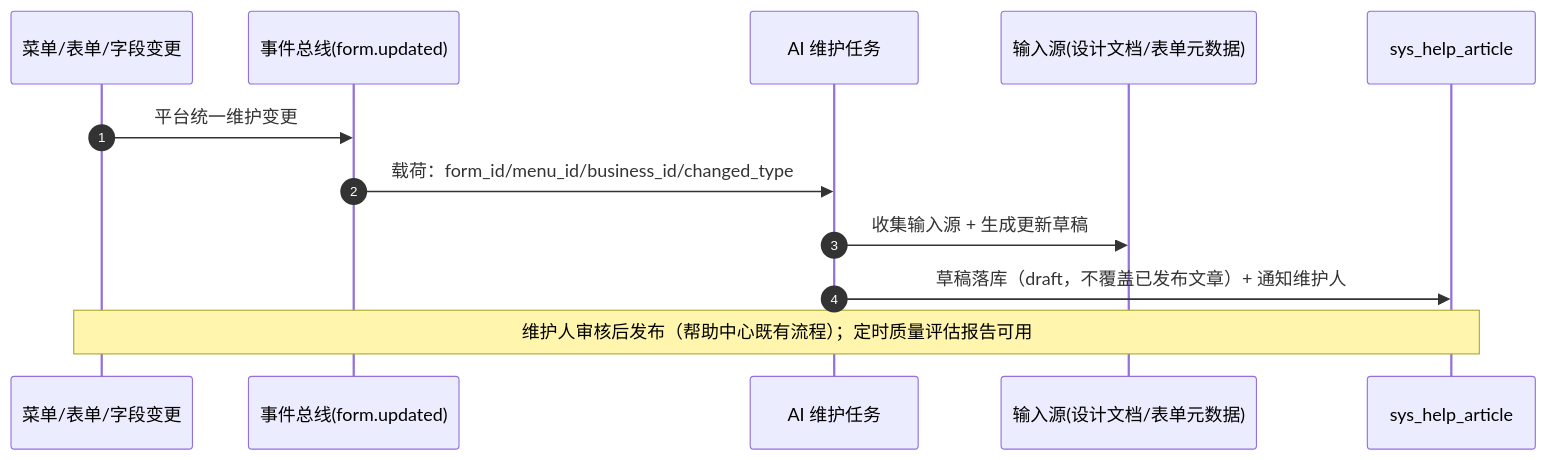
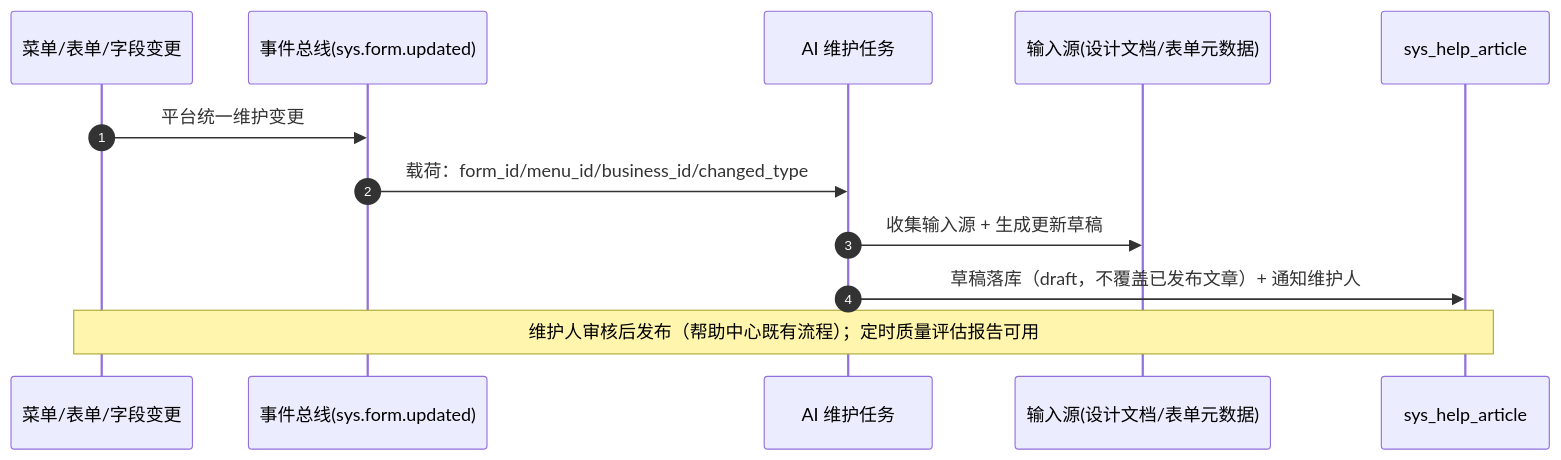
One commit to minjian123/basic-management-system changed the fourth of 4 diagrams in bms文档/设计/概要设计/34_概要设计_AI能力.md. Above: the diagram before and after it, drawn with Mermaid. The commit also changed other lines of this file and 28 other files, not shown here.

````diff
--- a/bms文档/设计/概要设计/34_概要设计_AI能力.md
+++ b/bms文档/设计/概要设计/34_概要设计_AI能力.md
@@ -160,15 +160,15 @@
 ```mermaid
 sequenceDiagram
     autonumber
     participant 变更 as 菜单/表单/字段变更
-    participant 总线 as 事件总线(form.updated)
+    participant 总线 as 事件总线(sys.form.updated)
     participant 维护 as AI 维护任务
     participant 输入 as 输入源(设计文档/表单元数据)
     participant 文章 as sys_help_article
 
     变更->>总线: 平台统一维护变更
     总线->>维护: 载荷：form_id/menu_id/business_id/changed_type
     维护->>输入: 收集输入源 + 生成更新草稿
     维护->>文章: 草稿落库（draft，不覆盖已发布文章）+ 通知维护人
     Note over 变更, 文章: 维护人审核后发布（帮助中心既有流程）；定时质量评估报告可用
 ```
````
